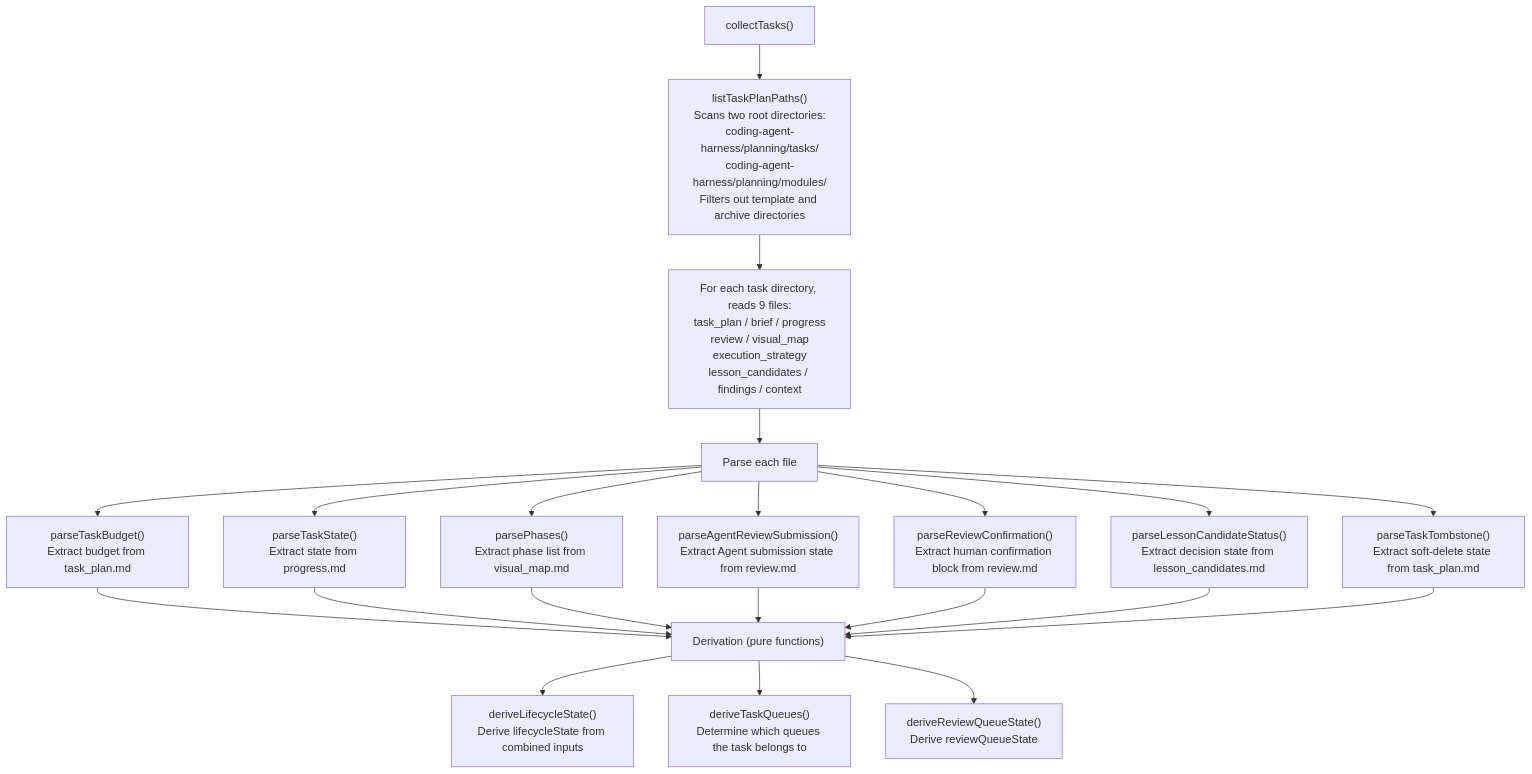
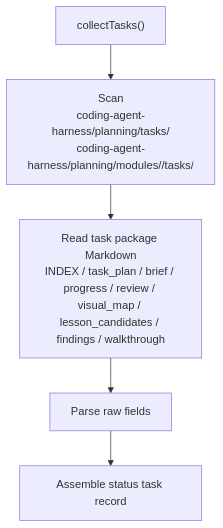
The fourth of 8 diagrams in docs-release/architecture/system-explainer/en-US/05-data-flow.md (FairladyZ625/coding-agent-harness), drawn with Mermaid before and after one commit. The commit also changed other lines of this file and 13 other files, not shown here.

Commit message:
docs: align release architecture docs

````diff
--- a/docs-release/architecture/system-explainer/en-US/05-data-flow.md
+++ b/docs-release/architecture/system-explainer/en-US/05-data-flow.md
@@ -44,24 +76,8 @@
 ```mermaid
 flowchart TD
   CT["collectTasks()"]
-
-  CT --> Discover["listTaskPlanPaths()\nScans two root directories:\ncoding-agent-harness/planning/tasks/\ncoding-agent-harness/planning/modules/\nFilters out template and archive directories"]
-
-  Discover --> ReadFiles["For each task directory, reads 9 files:\ntask_plan / brief / progress\nreview / visual_map\nexecution_strategy\nlesson_candidates / findings / context"]
-
-  ReadFiles --> Parse["Parse each file"]
-
-  Parse --> P1["parseTaskBudget()\nExtract budget from task_plan.md"]
-  Parse --> P2["parseTaskState()\nExtract state from progress.md"]
-  Parse --> P3["parsePhases()\nExtract phase list from visual_map.md"]
-  Parse --> P4["parseAgentReviewSubmission()\nExtract Agent submission state from review.md"]
-  Parse --> P5["parseReviewConfirmation()\nExtract human confirmation block from review.md"]
-  Parse --> P6["parseLessonCandidateStatus()\nExtract decision state from lesson_candidates.md"]
-  Parse --> P7["parseTaskTombstone()\nExtract soft-delete state from task_plan.md"]
-
-  P1 & P2 & P3 & P4 & P5 & P6 & P7 --> Derive["Derivation (pure functions)"]
-
-  Derive --> LS["deriveLifecycleState()\nDerive lifecycleState from combined inputs"]
-  Derive --> QS["deriveTaskQueues()\nDetermine which queues the task belongs to"]
-  Derive --> RQS["deriveReviewQueueState()\nDerive reviewQueueState"]
+  CT --> Discover["Scan\ncoding-agent-harness/planning/tasks/\ncoding-agent-harness/planning/modules/<key>/tasks/"]
+  Discover --> Read["Read task package Markdown\nINDEX / task_plan / brief / progress / review / visual_map / lesson_candidates / findings / walkthrough"]
+  Read --> Parse["Parse raw fields"]
+  Parse --> Status["Assemble status task record"]
 ```
````
